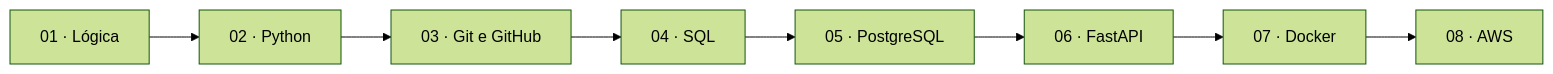
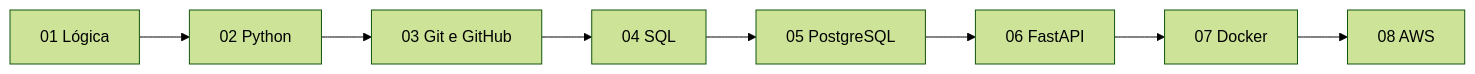
The diagram in learn-script-asklipe-ai-skill/learn-script-asklipe/backend-roadmap/backend-roadmap/README.md (asklipe/learn-asklipe), drawn with Mermaid (forest theme) before and after one commit. The commit also changed other lines of this file, not shown here.

````diff
--- a/learn-script-asklipe-ai-skill/learn-script-asklipe/backend-roadmap/backend-roadmap/README.md
+++ b/learn-script-asklipe-ai-skill/learn-script-asklipe/backend-roadmap/backend-roadmap/README.md
@@ -51,10 +68,10 @@
 ```mermaid
 flowchart LR
-    A["01 · Lógica"] --> B["02 · Python"]
-    B --> C["03 · Git e GitHub"]
-    C --> D["04 · SQL"]
-    D --> E["05 · PostgreSQL"]
-    E --> F["06 · FastAPI"]
-    F --> G["07 · Docker"]
-    G --> H["08 · AWS"]
+    A[01 Lógica] --> B[02 Python]
+    B --> C[03 Git e GitHub]
+    C --> D[04 SQL]
+    D --> E[05 PostgreSQL]
+    E --> F[06 FastAPI]
+    F --> G[07 Docker]
+    G --> H[08 AWS]
 ```
````
